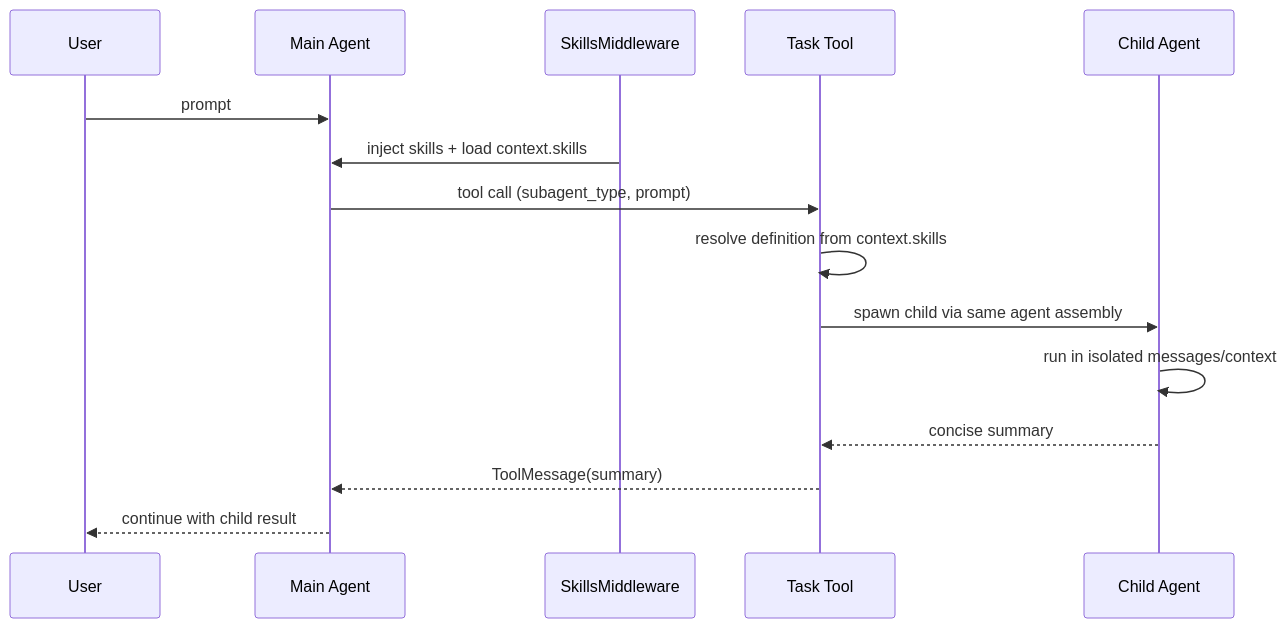
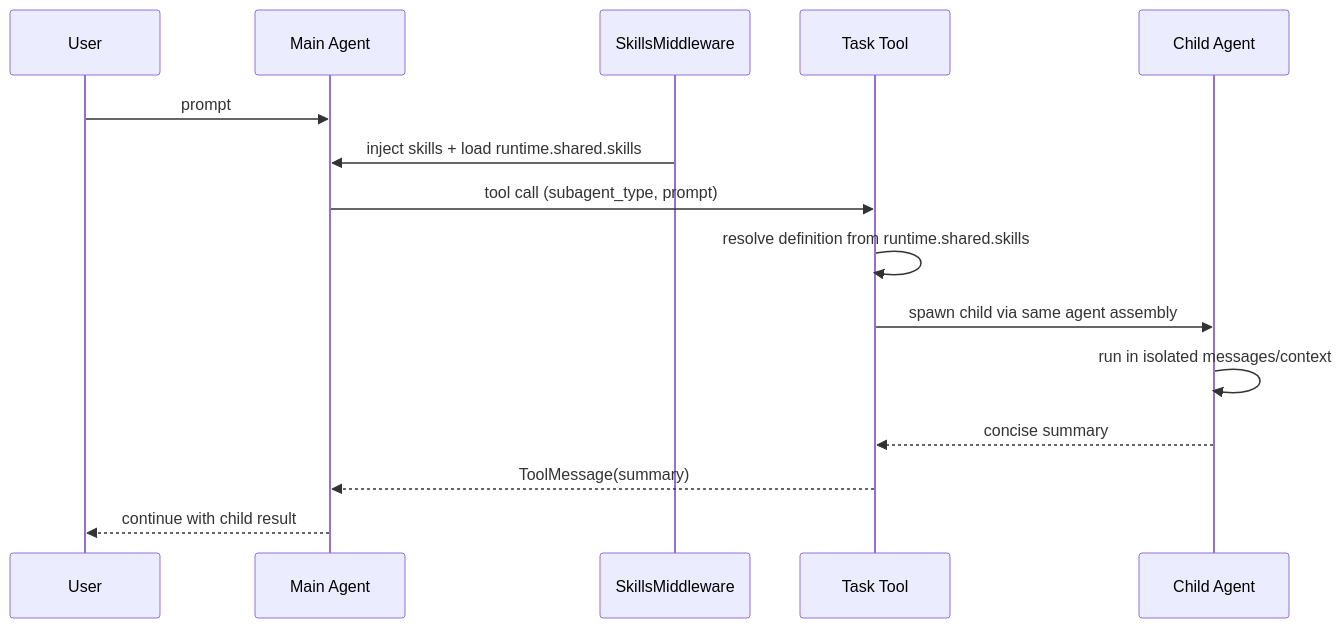
The second of 2 diagrams in docs/subagent-task-architecture.md (LordFoxFairy/Codara), drawn with Mermaid before and after one commit. The commit also changed other lines of this file and 13 other files, not shown here.

````diff
--- a/docs/subagent-task-architecture.md
+++ b/docs/subagent-task-architecture.md
@@ -39,18 +38,18 @@
 ```mermaid
 sequenceDiagram
   participant U as User
   participant M as Main Agent
   participant S as SkillsMiddleware
   participant T as Task Tool
   participant C as Child Agent
 
   U->>M: prompt
-  S->>M: inject skills + load context.skills
+  S->>M: inject skills + load runtime.shared.skills
   M->>T: tool call (subagent_type, prompt)
-  T->>T: resolve definition from context.skills
+  T->>T: resolve definition from runtime.shared.skills
   T->>C: spawn child via same agent assembly
   C->>C: run in isolated messages/context
   C-->>T: concise summary
   T-->>M: ToolMessage(summary)
   M-->>U: continue with child result
 ```
````
